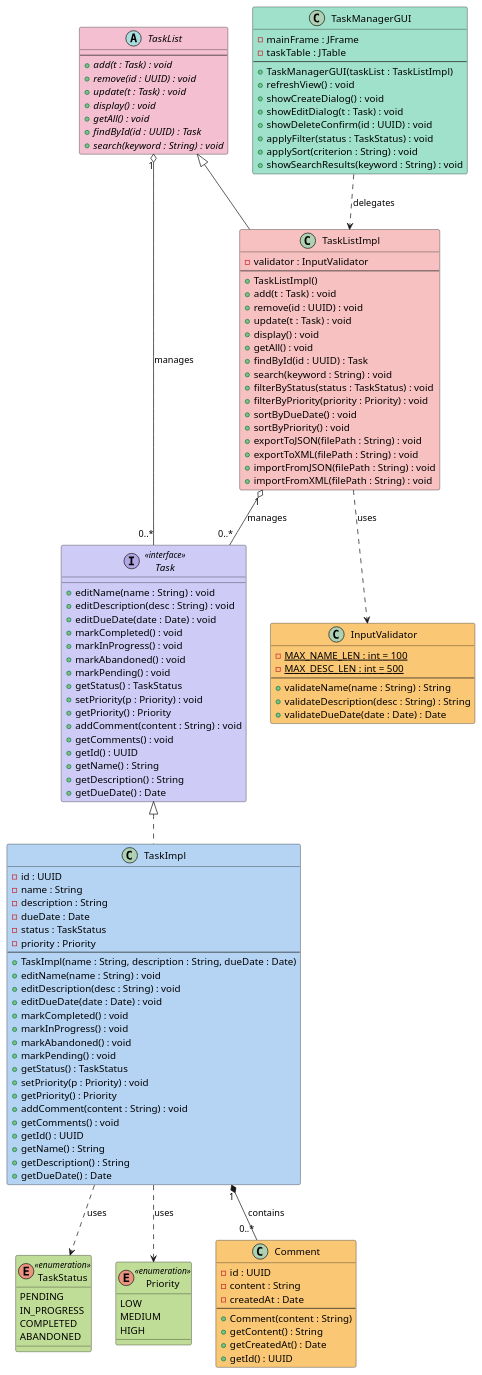
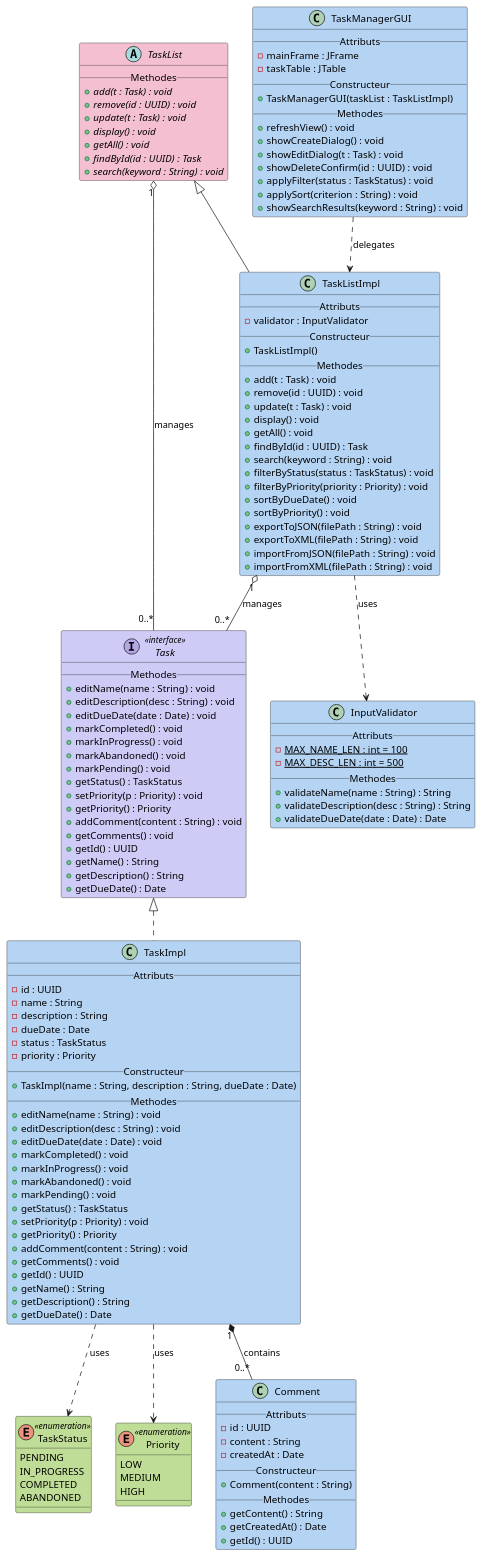
One commit to Julien3556/Gestionnaire_de_taches changed the diagram in class_diagram.puml. Above: the diagram before and after it, drawn with PlantUML.

Commit message:
Correction diagram_class

```diff
--- a/class_diagram.puml
+++ b/class_diagram.puml
@@ -1,146 +1,156 @@
-@startuml ClassDiagram_TaskManager_Partie1
+@startuml ClassDiagram_Partie1
 
 enum TaskStatus <<enumeration>> #C0DD97 {
     PENDING
     IN_PROGRESS
     COMPLETED
     ABANDONED
 }
 
 enum Priority <<enumeration>> #C0DD97 {
     LOW
     MEDIUM
     HIGH
 }
 
 interface Task <<interface>> #CECBF6 {
+    __Methodes__
     + editName(name : String) : void
     + editDescription(desc : String) : void
     + editDueDate(date : Date) : void
     + markCompleted() : void
     + markInProgress() : void
     + markAbandoned() : void
     + markPending() : void
     + getStatus() : TaskStatus
     + setPriority(p : Priority) : void
     + getPriority() : Priority
     + addComment(content : String) : void
     + getComments() : void
     + getId() : UUID
     + getName() : String
     + getDescription() : String
     + getDueDate() : Date
 }
 
 class TaskImpl #B5D4F4 {
+    __Attributs__
     - id : UUID
     - name : String
     - description : String
     - dueDate : Date
     - status : TaskStatus
     - priority : Priority
-    --
+    __Constructeur__
     + TaskImpl(name : String, description : String, dueDate : Date)
+    __Methodes__
     + editName(name : String) : void
     + editDescription(desc : String) : void
     + editDueDate(date : Date) : void
     + markCompleted() : void
     + markInProgress() : void
     + markAbandoned() : void
     + markPending() : void
     + getStatus() : TaskStatus
     + setPriority(p : Priority) : void
     + getPriority() : Priority
     + addComment(content : String) : void
     + getComments() : void
     + getId() : UUID
     + getName() : String
     + getDescription() : String
     + getDueDate() : Date
 }
 
-class Comment #FAC775 {
+class Comment #B5D4F4 {
+    __Attributs__
     - id : UUID
     - content : String
     - createdAt : Date
-    --
+    __Constructeur__
     + Comment(content : String)
+    __Methodes__
     + getContent() : String
     + getCreatedAt() : Date
     + getId() : UUID
 }
 
-class InputValidator #FAC775 {
+class InputValidator #B5D4F4 {
+    __Attributs__
     - {static} MAX_NAME_LEN : int = 100
     - {static} MAX_DESC_LEN : int = 500
-    --
+    __Methodes__
     + validateName(name : String) : String
     + validateDescription(desc : String) : String
     + validateDueDate(date : Date) : Date
 }
 
 abstract class TaskList #F4C0D1 {
-    --
+    __Methodes__
     + {abstract} add(t : Task) : void
     + {abstract} remove(id : UUID) : void
     + {abstract} update(t : Task) : void
     + {abstract} display() : void
     + {abstract} getAll() : void
     + {abstract} findById(id : UUID) : Task
     + {abstract} search(keyword : String) : void
 }
 
-class TaskListImpl #F7C1C1 {
+class TaskListImpl #B5D4F4 {
+    __Attributs__
     - validator : InputValidator
-    --
+    __Constructeur__
     + TaskListImpl()
+    __Methodes__
     + add(t : Task) : void
     + remove(id : UUID) : void
     + update(t : Task) : void
     + display() : void
     + getAll() : void
     + findById(id : UUID) : Task
     + search(keyword : String) : void
     + filterByStatus(status : TaskStatus) : void
     + filterByPriority(priority : Priority) : void
     + sortByDueDate() : void
     + sortByPriority() : void
     + exportToJSON(filePath : String) : void
     + exportToXML(filePath : String) : void
     + importFromJSON(filePath : String) : void
     + importFromXML(filePath : String) : void
 }
 
-class TaskManagerGUI #9FE1CB {
+class TaskManagerGUI #B5D4F4 {
+    __Attributs__
     - mainFrame : JFrame
     - taskTable : JTable
-    --
+    __Constructeur__
     + TaskManagerGUI(taskList : TaskListImpl)
+    __Methodes__
     + refreshView() : void
     + showCreateDialog() : void
     + showEditDialog(t : Task) : void
     + showDeleteConfirm(id : UUID) : void
     + applyFilter(status : TaskStatus) : void
     + applySort(criterion : String) : void
     + showSearchResults(keyword : String) : void
 }
 
 
 Task <|.. TaskImpl
 
 TaskList <|-- TaskListImpl
 
 TaskImpl ..> TaskStatus : uses
 TaskImpl ..> Priority  : uses
 
 TaskImpl "1" *-- "0..*" Comment : contains 
 
 TaskList "1" o-- "0..*" Task : manages 
 
 TaskListImpl "1" o-- "0..*" Task : manages 
 
 TaskListImpl ..> InputValidator : uses 
 
 TaskManagerGUI ..> TaskListImpl : delegates 
 
 @enduml
```
